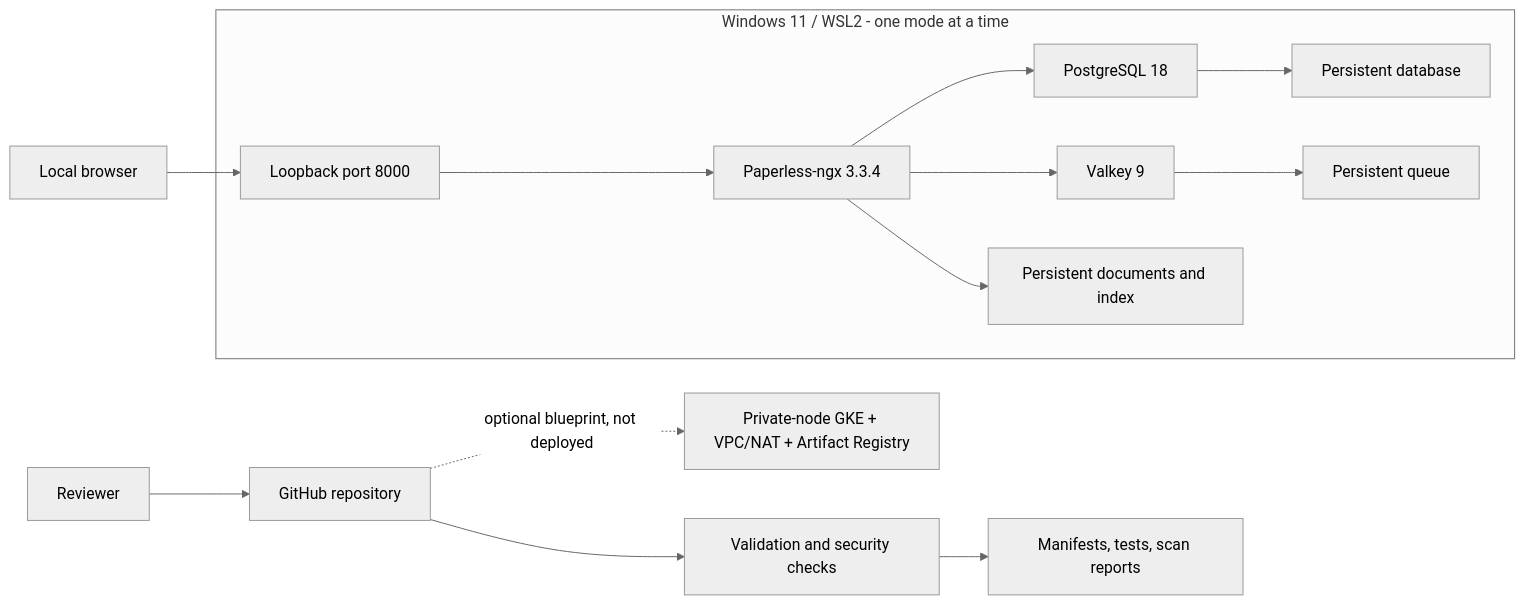
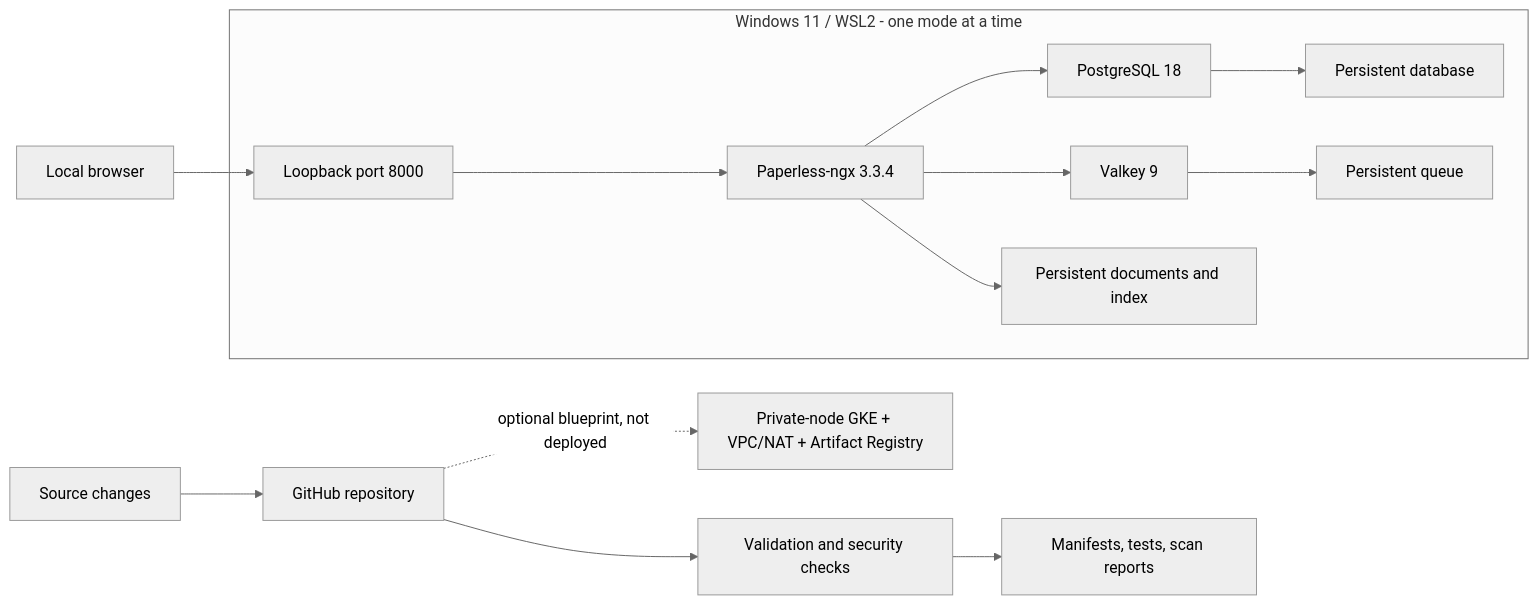
Before and after one commit to heyiamwahab236/paperless-gcp-devops-platform: the diagram in README.md, drawn with Mermaid (neutral theme). The commit also changed other lines of this file and 13 other files, not shown here.

````diff
--- a/README.md
+++ b/README.md
@@ -31,16 +32,16 @@
 ```mermaid
 flowchart LR
-    Reviewer[Reviewer] --> Repo[GitHub repository]
+    Changes[Source changes] --> Repo[GitHub repository]
     Repo --> CI[Validation and security checks]
     CI --> Evidence[Manifests, tests, scan reports]
     Browser[Local browser] --> Local[Loopback port 8000]
     subgraph Laptop[Windows 11 / WSL2 - one mode at a time]
       Local --> App[Paperless-ngx 3.3.4]
       App --> DB[PostgreSQL 18]
       App --> Queue[Valkey 9]
       App --> Files[Persistent documents and index]
       DB --> DBVolume[Persistent database]
       Queue --> QueueVolume[Persistent queue]
     end
     Repo -. optional blueprint, not deployed .-> GCP[Private-node GKE + VPC/NAT + Artifact Registry]
 ```
````
